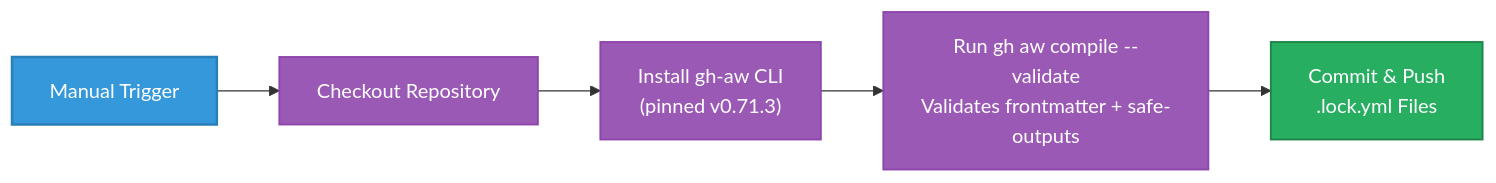
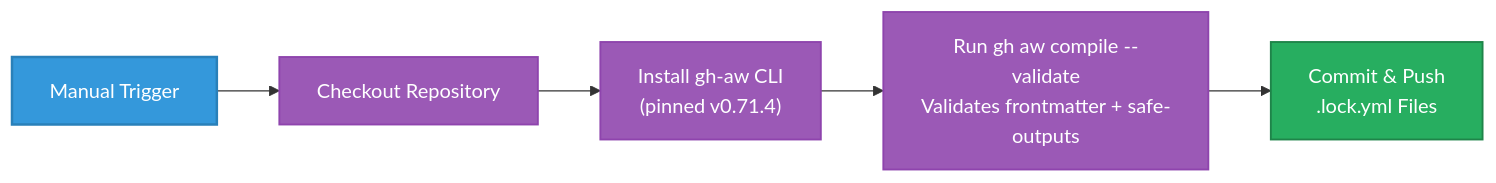
Before and after one commit to Hack23/euparliamentmonitor: the ninth of 22 diagrams in WORKFLOWS.md, drawn with Mermaid. The commit also changed other lines of this file and 3 other files, not shown here.

First line of the commit message:
docs: align article workflow architecture

````diff
--- a/WORKFLOWS.md
+++ b/WORKFLOWS.md
@@ -1126,15 +1126,15 @@
 ```mermaid
 graph LR
     A[Manual Trigger] --> B[Checkout Repository]
-    B --> C["Install gh-aw CLI<br/>(pinned v0.71.3)"]
+    B --> C["Install gh-aw CLI<br/>(pinned v0.71.4)"]
     C --> D["Run gh aw compile --validate<br/>Validates frontmatter + safe-outputs"]
     D --> E["Commit & Push<br/>.lock.yml Files"]
 
     classDef trigger fill:#3498db,stroke:#2980b9,stroke-width:2px,color:white
     classDef process fill:#9b59b6,stroke:#8e44ad,stroke-width:1.5px,color:white
     classDef output fill:#27ae60,stroke:#1e8449,stroke-width:1.5px,color:white
 
     class A trigger
     class B,C,D process
     class E output
 ```
````
